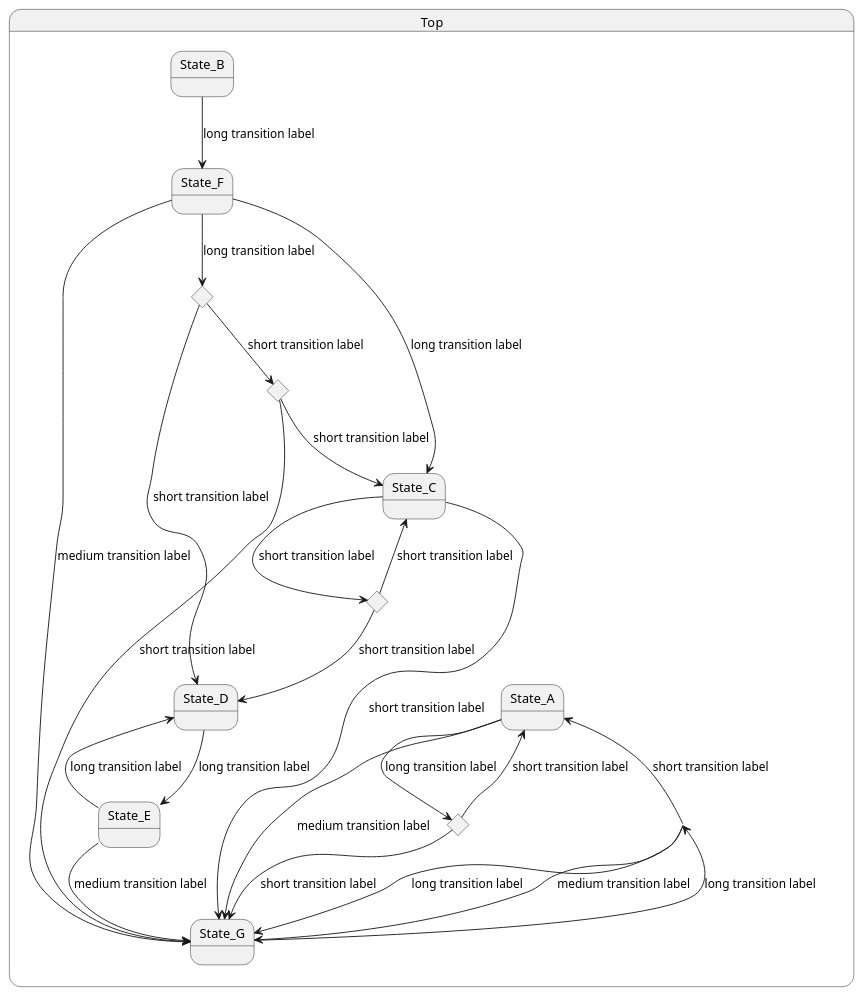
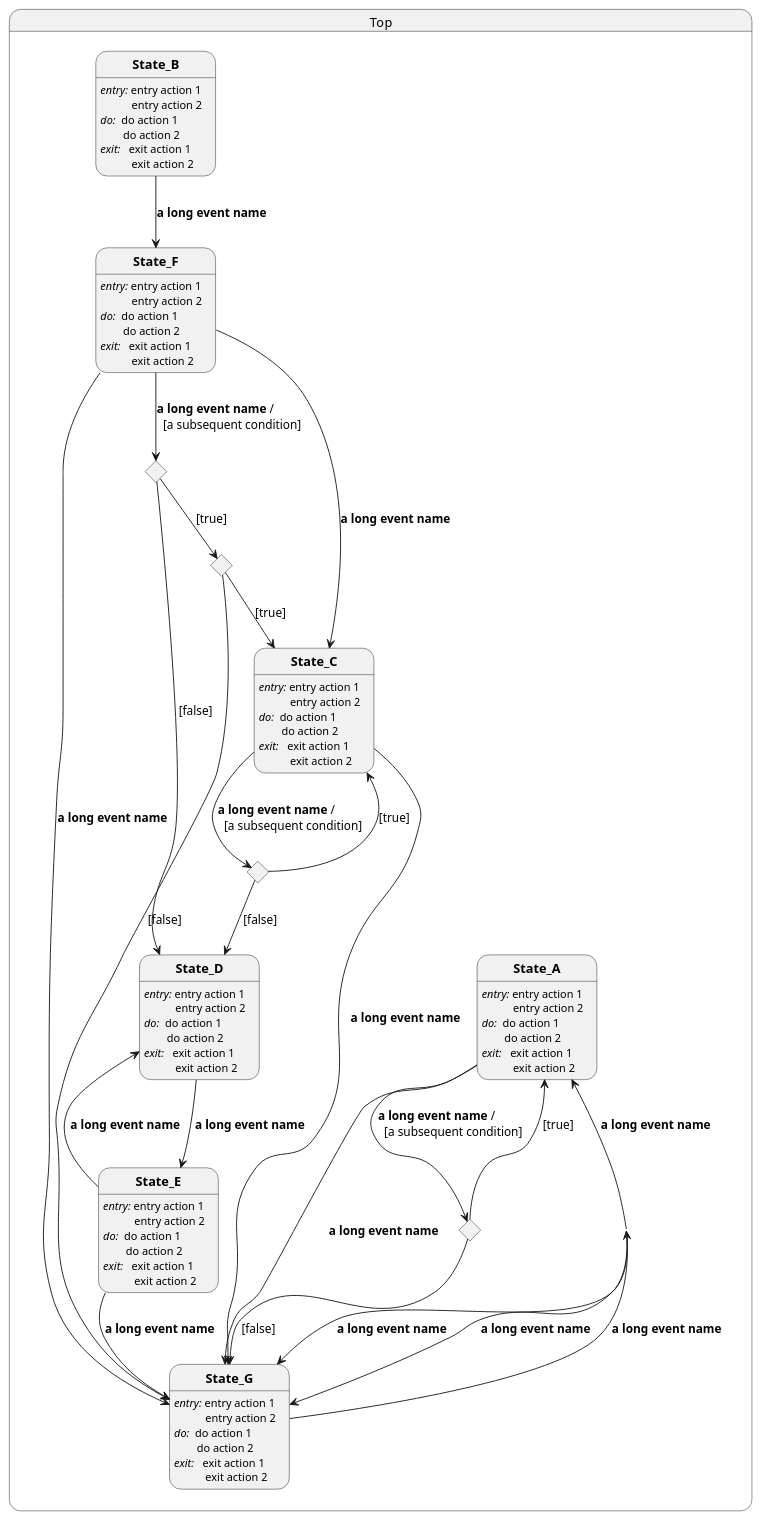
Before and after one commit to davmf/plantuml-utilities: the diagram in demo_standard.puml, drawn with PlantUML. The commit also changed 4 other files, not shown here.

```diff
--- a/demo_standard.puml
+++ b/demo_standard.puml
@@ -1,43 +1,43 @@
 @startuml demo_standard
 
 state Top {
 
-    state State_A
-    state State_B
-    state State_C
-    state State_D
-    state State_E
-    state State_F
-    state State_G
+    state "**State_A**" as State_A : //entry:// entry action 1\n\t   entry action 2\n//do://  do action 1\n\tdo action 2\n//exit://   exit action 1\n\t   exit action 2
+    state "**State_B**" as State_B : //entry:// entry action 1\n\t   entry action 2\n//do://  do action 1\n\tdo action 2\n//exit://   exit action 1\n\t   exit action 2
+    state "**State_C**" as State_C : //entry:// entry action 1\n\t   entry action 2\n//do://  do action 1\n\tdo action 2\n//exit://   exit action 1\n\t   exit action 2
+    state "**State_D**" as State_D : //entry:// entry action 1\n\t   entry action 2\n//do://  do action 1\n\tdo action 2\n//exit://   exit action 1\n\t   exit action 2
+    state "**State_E**" as State_E : //entry:// entry action 1\n\t   entry action 2\n//do://  do action 1\n\tdo action 2\n//exit://   exit action 1\n\t   exit action 2
+    state "**State_F**" as State_F : //entry:// entry action 1\n\t   entry action 2\n//do://  do action 1\n\tdo action 2\n//exit://   exit action 1\n\t   exit action 2
+    state "**State_G**" as State_G : //entry:// entry action 1\n\t   entry action 2\n//do://  do action 1\n\tdo action 2\n//exit://   exit action 1\n\t   exit action 2
 
     state c1 <<choice>>
     state c2 <<choice>>
     state c3 <<choice>>
     state c4 <<choice>>
 
-    State_F --> State_C : long transition label
-    State_F --> State_G : medium transition label
-    State_G --> Top : long transition label
-    State_D --> State_E : long transition label
-    State_E --> State_D : long transition label
-    State_E --> State_G : medium transition label
-    State_C --> State_G : short transition label
-    State_B --> State_F : long transition label
-    Top --> State_G : long transition label
-    Top --> State_A : short transition label
-    Top --> State_G : medium transition label
-    State_A --> State_G : medium transition label
-    State_C --> c1 : short transition label
-    c1 --> State_C : short transition label
-    c1 --> State_D : short transition label
-    State_A --> c2 : long transition label
-    c2 --> State_A : short transition label
-    c2 --> State_G : short transition label
-    State_F --> c3 : long transition label
-    c3 --> State_D : short transition label
-    c3 --> c4 : short transition label
-    c4 --> State_C : short transition label
-    c4 --> State_G : short transition label
+    c1 --> State_C : [true]
+    c1 --> State_D : [false]
+    c2 --> State_A : [true]
+    c2 --> State_G : [false]
+    c3 --> c4 : [true]
+    c3 --> State_D : [false]
+    c4 --> State_C : [true]
+    c4 --> State_G : [false]
+    State_A --> c2 : **a long event name** /\l  [a subsequent condition]
+    State_A --> State_G : **a long event name**
+    State_B --> State_F : **a long event name**
+    State_C --> c1 : **a long event name** /\l  [a subsequent condition]
+    State_C --> State_G : **a long event name**
+    State_D --> State_E : **a long event name**
+    State_E --> State_D : **a long event name**
+    State_E --> State_G : **a long event name**
+    State_F --> c3 : **a long event name** /\l  [a subsequent condition]
+    State_F --> State_C : **a long event name**
+    State_F --> State_G : **a long event name**
+    State_G --> Top : **a long event name**
+    Top --> State_A : **a long event name**
+    Top --> State_G : **a long event name**
+    Top --> State_G : **a long event name**
 }
 
 @enduml
```
